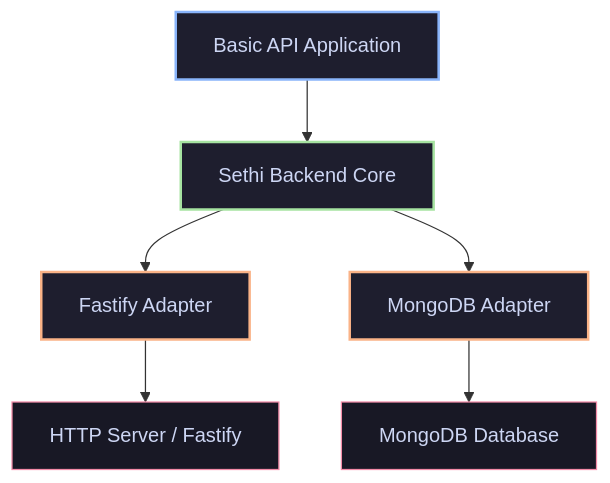
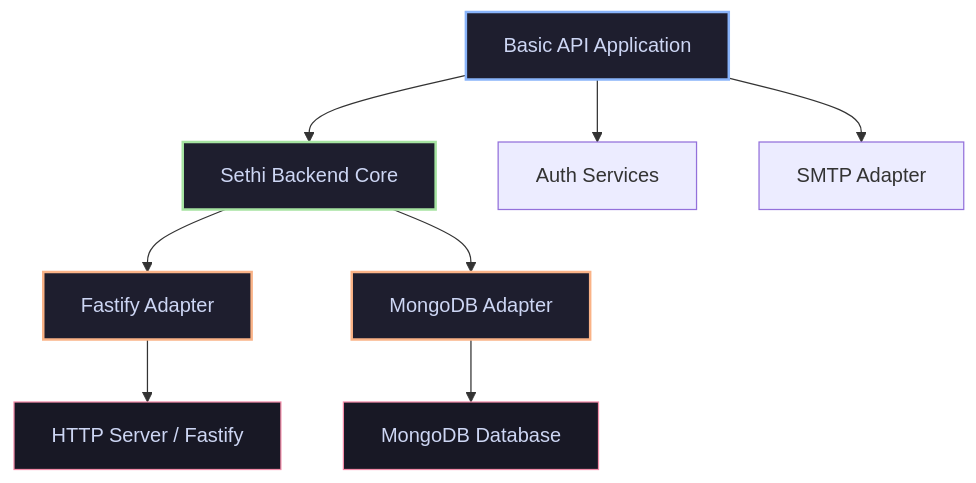
The first of 2 diagrams in README.md (usman-sethi/sethi_backend), drawn with Mermaid before and after one commit. The commit also changed other lines of this file and 31 other files, not shown here.

````diff
--- a/README.md
+++ b/README.md
@@ -100,15 +106,17 @@
 ```mermaid
 graph TD
     A[Basic API Application] --> B[Sethi Backend Core]
+    A --> G[Auth Services]
+    A --> H[SMTP Adapter]
     B --> C[Fastify Adapter]
     B --> D[MongoDB Adapter]
     C --> E[HTTP Server / Fastify]
     D --> F[MongoDB Database]
 
     style A fill:#1e1e2e,stroke:#89b4fa,stroke-width:2px,color:#cdd6f4
     style B fill:#1e1e2e,stroke:#a6e3a1,stroke-width:2px,color:#cdd6f4
     style C fill:#1e1e2e,stroke:#fab387,stroke-width:2px,color:#cdd6f4
     style D fill:#1e1e2e,stroke:#fab387,stroke-width:2px,color:#cdd6f4
     style E fill:#181825,stroke:#f38ba8,stroke-width:1px,color:#cdd6f4
     style F fill:#181825,stroke:#f38ba8,stroke-width:1px,color:#cdd6f4
 ```
````
